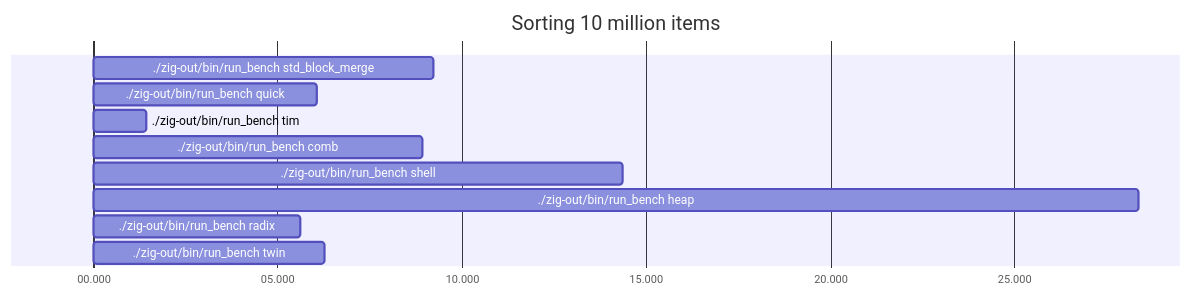
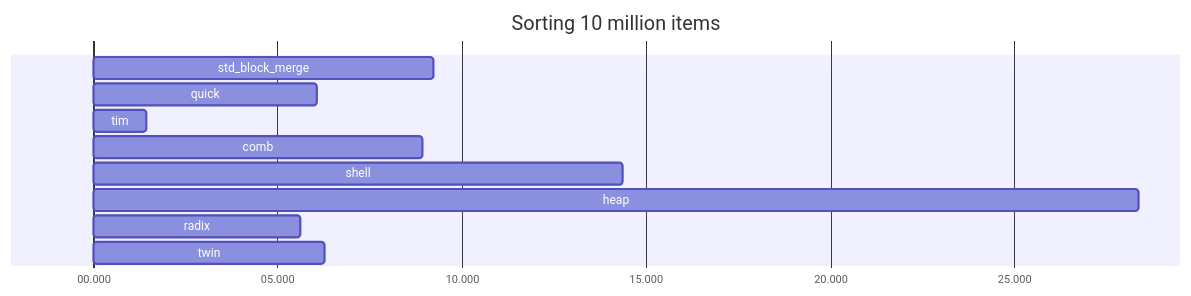
Before and after one commit to alichraghi/zort: the first of 3 diagrams in README.md, drawn with Mermaid. The commit also changed other lines of this file and 1 other file, not shown here.

````diff
--- a/README.md
+++ b/README.md
@@ -38,14 +38,14 @@
 ```mermaid
 gantt
     title Sorting 10 million items
     dateFormat x
     axisFormat %S.%L
-    ./zig-out/bin/run_bench std_block_merge : 0,9242
-    ./zig-out/bin/run_bench quick : 0,6058
-    ./zig-out/bin/run_bench tim : 0,1437
-    ./zig-out/bin/run_bench comb : 0,8943
-    ./zig-out/bin/run_bench shell : 0,14349
-    ./zig-out/bin/run_bench heap : 0,28369
-    ./zig-out/bin/run_bench radix : 0,5607
-    ./zig-out/bin/run_bench twin : 0,6275
+    std_block_merge : 0,9242
+    quick : 0,6058
+    tim : 0,1437
+    comb : 0,8943
+    shell : 0,14349
+    heap : 0,28369
+    radix : 0,5607
+    twin : 0,6275
 ```
````
